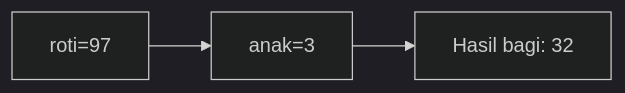
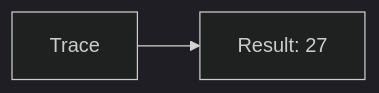
Before and after one commit to amnahwaida/OSNK_INF_PREP: diagram 18 of 25 in part-c-pemahaman-cpp/01-tipe-data/latihan/set-08.md, drawn with Mermaid (dark theme). The commit also changed other lines of this file and 71 other files, not shown here.

````diff
--- a/part-c-pemahaman-cpp/01-tipe-data/latihan/set-08.md
+++ b/part-c-pemahaman-cpp/01-tipe-data/latihan/set-08.md
@@ -565,5 +379,4 @@
 ```mermaid
 graph LR
-A["roti=97"] --> B["anak=3"]
-B --> C["Hasil bagi: 32"]
+A[Trace] --> B[Result: 27]
 ```
````
